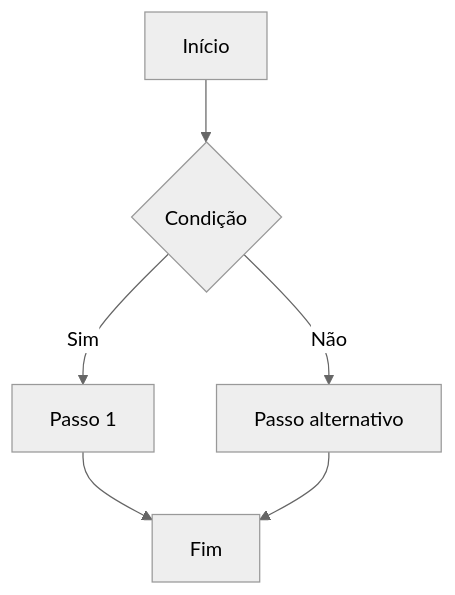
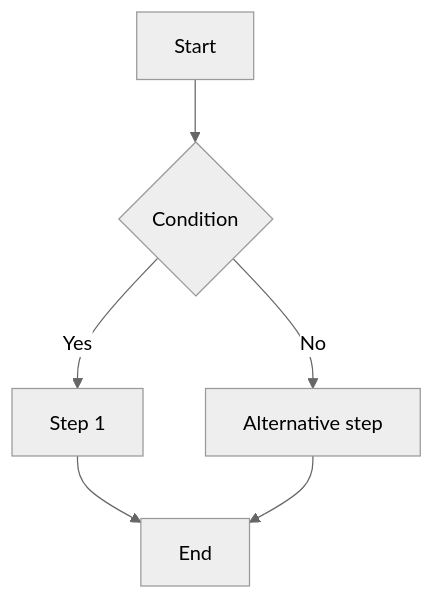
One commit to alvesrafa/dev-routine changed the diagram in plan-task/SKILL.md. Above: the diagram before and after it, drawn with Mermaid (neutral theme). The commit also changed other lines of this file and 4 other files, not shown here.

````diff
--- a/plan-task/SKILL.md
+++ b/plan-task/SKILL.md
@@ -47,8 +47,8 @@
 ```mermaid
 flowchart TD
-    A[Início] --> B{Condição}
-    B -->|Sim| C[Passo 1]
-    B -->|Não| D[Passo alternativo]
-    C --> E[Fim]
+    A[Start] --> B{Condition}
+    B -->|Yes| C[Step 1]
+    B -->|No| D[Alternative step]
+    C --> E[End]
     D --> E
 ```
````
